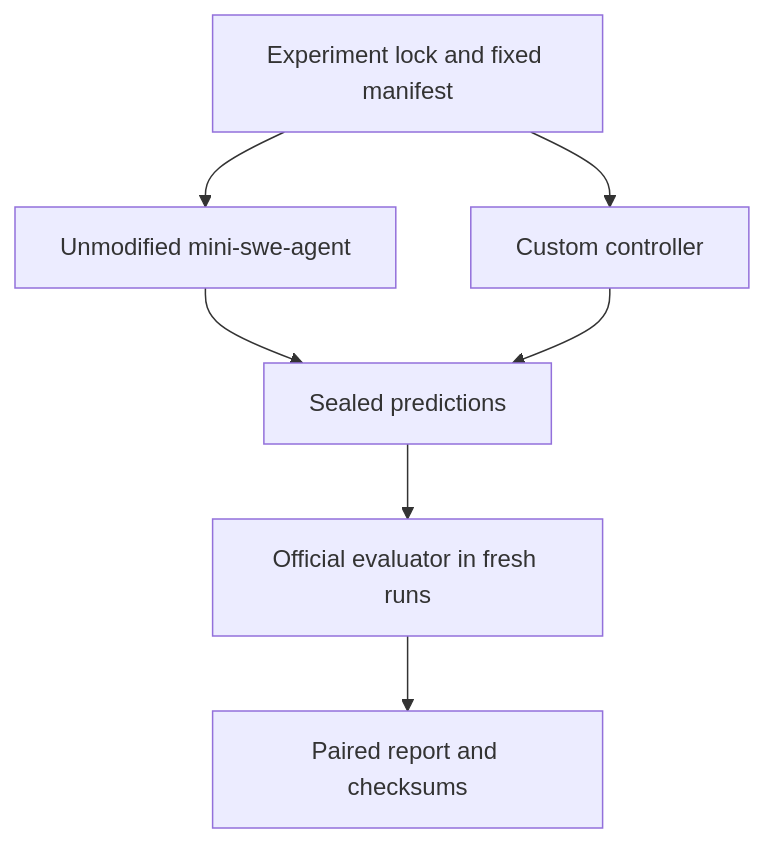
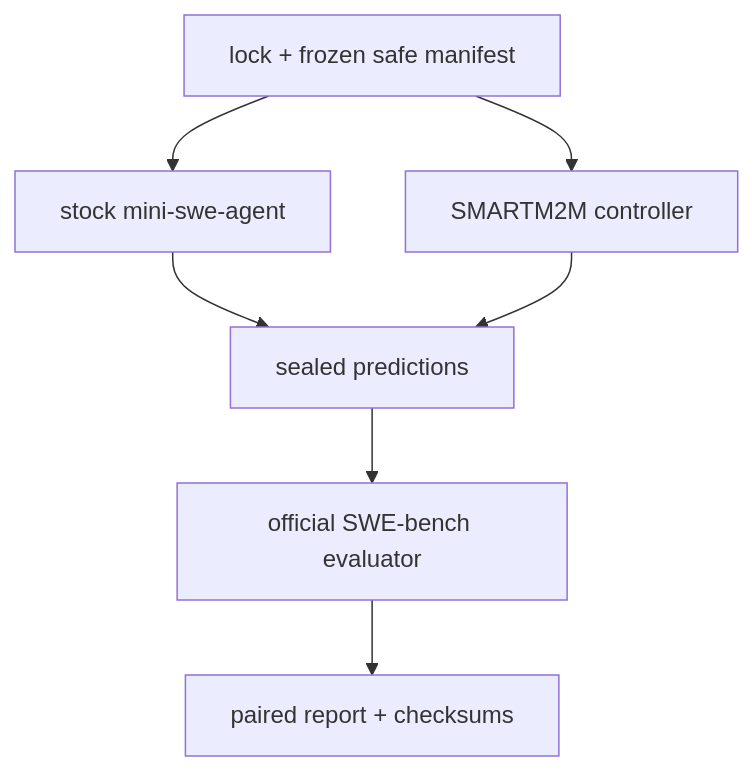
Before and after one commit to itanium-g/smartm2m-swe-agent: the diagram in DESIGN.md, drawn with Mermaid. The commit also changed other lines of this file and 51 other files, not shown here.

````diff
--- a/DESIGN.md
+++ b/DESIGN.md
@@ -22,9 +7,9 @@
-~~~mermaid
+```mermaid
 flowchart TD
-    LOCK[Experiment lock and fixed manifest] --> BASE[Unmodified mini-swe-agent]
-    LOCK --> CUSTOM[Custom controller]
-    BASE --> SEALED[Sealed predictions]
-    CUSTOM --> SEALED
-    SEALED --> EVAL[Official evaluator in fresh runs]
-    EVAL --> REPORT[Paired report and checksums]
-~~~
+    LOCK["lock + frozen safe manifest"] --> REF["stock mini-swe-agent"]
+    LOCK --> CUSTOM["SMARTM2M controller"]
+    REF --> PRED["sealed predictions"]
+    CUSTOM --> PRED
+    PRED --> EVAL["official SWE-bench evaluator"]
+    EVAL --> REPORT["paired report + checksums"]
+```
````
